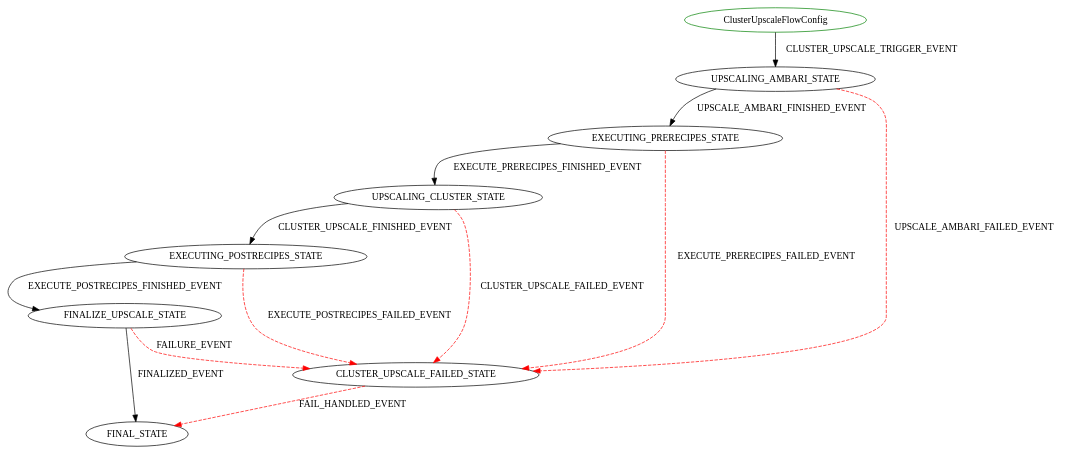
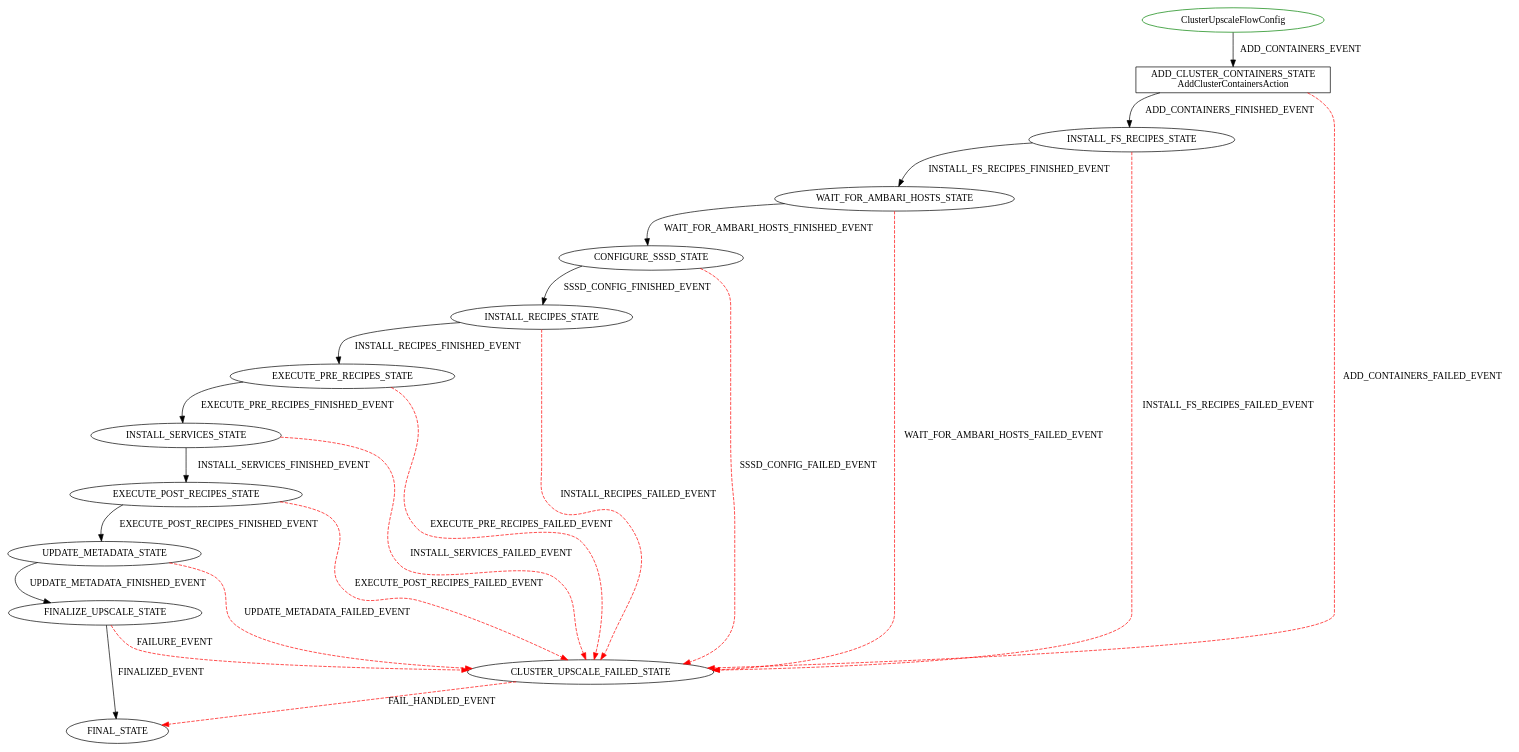
One commit to hortonworks/cloudbreak-docs changed the diagram in latest/diagrams/ClusterUpscaleFlowConfig.dot. Above: the diagram before and after it, drawn with Graphviz. The commit also changed 55 other files, not shown here.

```diff
--- a/latest/diagrams/ClusterUpscaleFlowConfig.dot
+++ b/latest/diagrams/ClusterUpscaleFlowConfig.dot
@@ -1,15 +1,26 @@
 digraph {
 INIT_STATE [label="ClusterUpscaleFlowConfig" shape=ellipse color=green];
-INIT_STATE -> UPSCALING_AMBARI_STATE [label="CLUSTER_UPSCALE_TRIGGER_EVENT" color=black style=solid];
-UPSCALING_AMBARI_STATE -> EXECUTING_PRERECIPES_STATE [label="UPSCALE_AMBARI_FINISHED_EVENT" color=black style=solid];
-UPSCALING_AMBARI_STATE -> CLUSTER_UPSCALE_FAILED_STATE [label="UPSCALE_AMBARI_FAILED_EVENT" color=red style=dashed];
+ADD_CLUSTER_CONTAINERS_STATE [label="ADD_CLUSTER_CONTAINERS_STATE\nAddClusterContainersAction" shape=rect color=black];
+INIT_STATE -> ADD_CLUSTER_CONTAINERS_STATE [label="ADD_CONTAINERS_EVENT" color=black style=solid];
+ADD_CLUSTER_CONTAINERS_STATE -> INSTALL_FS_RECIPES_STATE [label="ADD_CONTAINERS_FINISHED_EVENT" color=black style=solid];
+ADD_CLUSTER_CONTAINERS_STATE -> CLUSTER_UPSCALE_FAILED_STATE [label="ADD_CONTAINERS_FAILED_EVENT" color=red style=dashed];
 CLUSTER_UPSCALE_FAILED_STATE -> FINAL_STATE [label="FAIL_HANDLED_EVENT" color=red style=dashed];
-EXECUTING_PRERECIPES_STATE -> UPSCALING_CLUSTER_STATE [label="EXECUTE_PRERECIPES_FINISHED_EVENT" color=black style=solid];
-EXECUTING_PRERECIPES_STATE -> CLUSTER_UPSCALE_FAILED_STATE [label="EXECUTE_PRERECIPES_FAILED_EVENT" color=red style=dashed];
-UPSCALING_CLUSTER_STATE -> EXECUTING_POSTRECIPES_STATE [label="CLUSTER_UPSCALE_FINISHED_EVENT" color=black style=solid];
-UPSCALING_CLUSTER_STATE -> CLUSTER_UPSCALE_FAILED_STATE [label="CLUSTER_UPSCALE_FAILED_EVENT" color=red style=dashed];
-EXECUTING_POSTRECIPES_STATE -> FINALIZE_UPSCALE_STATE [label="EXECUTE_POSTRECIPES_FINISHED_EVENT" color=black style=solid];
-EXECUTING_POSTRECIPES_STATE -> CLUSTER_UPSCALE_FAILED_STATE [label="EXECUTE_POSTRECIPES_FAILED_EVENT" color=red style=dashed];
+INSTALL_FS_RECIPES_STATE -> WAIT_FOR_AMBARI_HOSTS_STATE [label="INSTALL_FS_RECIPES_FINISHED_EVENT" color=black style=solid];
+INSTALL_FS_RECIPES_STATE -> CLUSTER_UPSCALE_FAILED_STATE [label="INSTALL_FS_RECIPES_FAILED_EVENT" color=red style=dashed];
+WAIT_FOR_AMBARI_HOSTS_STATE -> CONFIGURE_SSSD_STATE [label="WAIT_FOR_AMBARI_HOSTS_FINISHED_EVENT" color=black style=solid];
+WAIT_FOR_AMBARI_HOSTS_STATE -> CLUSTER_UPSCALE_FAILED_STATE [label="WAIT_FOR_AMBARI_HOSTS_FAILED_EVENT" color=red style=dashed];
+CONFIGURE_SSSD_STATE -> INSTALL_RECIPES_STATE [label="SSSD_CONFIG_FINISHED_EVENT" color=black style=solid];
+CONFIGURE_SSSD_STATE -> CLUSTER_UPSCALE_FAILED_STATE [label="SSSD_CONFIG_FAILED_EVENT" color=red style=dashed];
+INSTALL_RECIPES_STATE -> EXECUTE_PRE_RECIPES_STATE [label="INSTALL_RECIPES_FINISHED_EVENT" color=black style=solid];
+INSTALL_RECIPES_STATE -> CLUSTER_UPSCALE_FAILED_STATE [label="INSTALL_RECIPES_FAILED_EVENT" color=red style=dashed];
+EXECUTE_PRE_RECIPES_STATE -> INSTALL_SERVICES_STATE [label="EXECUTE_PRE_RECIPES_FINISHED_EVENT" color=black style=solid];
+EXECUTE_PRE_RECIPES_STATE -> CLUSTER_UPSCALE_FAILED_STATE [label="EXECUTE_PRE_RECIPES_FAILED_EVENT" color=red style=dashed];
+INSTALL_SERVICES_STATE -> EXECUTE_POST_RECIPES_STATE [label="INSTALL_SERVICES_FINISHED_EVENT" color=black style=solid];
+INSTALL_SERVICES_STATE -> CLUSTER_UPSCALE_FAILED_STATE [label="INSTALL_SERVICES_FAILED_EVENT" color=red style=dashed];
+EXECUTE_POST_RECIPES_STATE -> UPDATE_METADATA_STATE [label="EXECUTE_POST_RECIPES_FINISHED_EVENT" color=black style=solid];
+EXECUTE_POST_RECIPES_STATE -> CLUSTER_UPSCALE_FAILED_STATE [label="EXECUTE_POST_RECIPES_FAILED_EVENT" color=red style=dashed];
+UPDATE_METADATA_STATE -> FINALIZE_UPSCALE_STATE [label="UPDATE_METADATA_FINISHED_EVENT" color=black style=solid];
+UPDATE_METADATA_STATE -> CLUSTER_UPSCALE_FAILED_STATE [label="UPDATE_METADATA_FAILED_EVENT" color=red style=dashed];
 FINALIZE_UPSCALE_STATE -> FINAL_STATE [label="FINALIZED_EVENT" color=black style=solid];
 FINALIZE_UPSCALE_STATE -> CLUSTER_UPSCALE_FAILED_STATE [label="FAILURE_EVENT" color=red style=dashed];
 }
```
